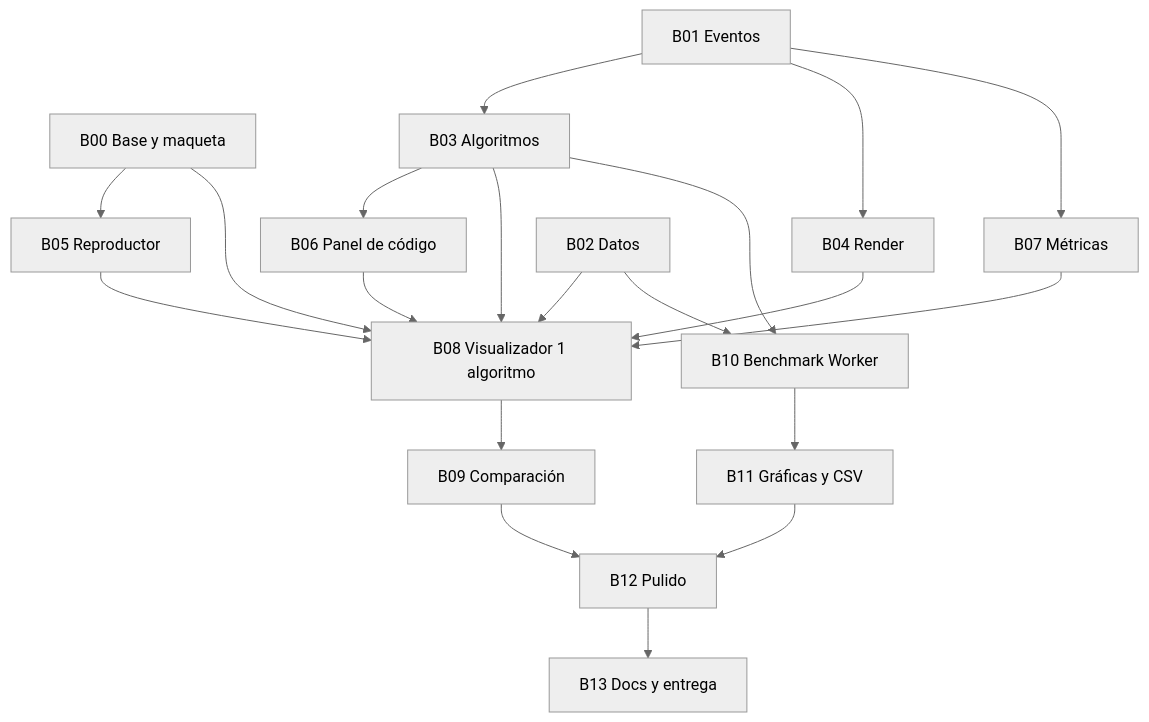
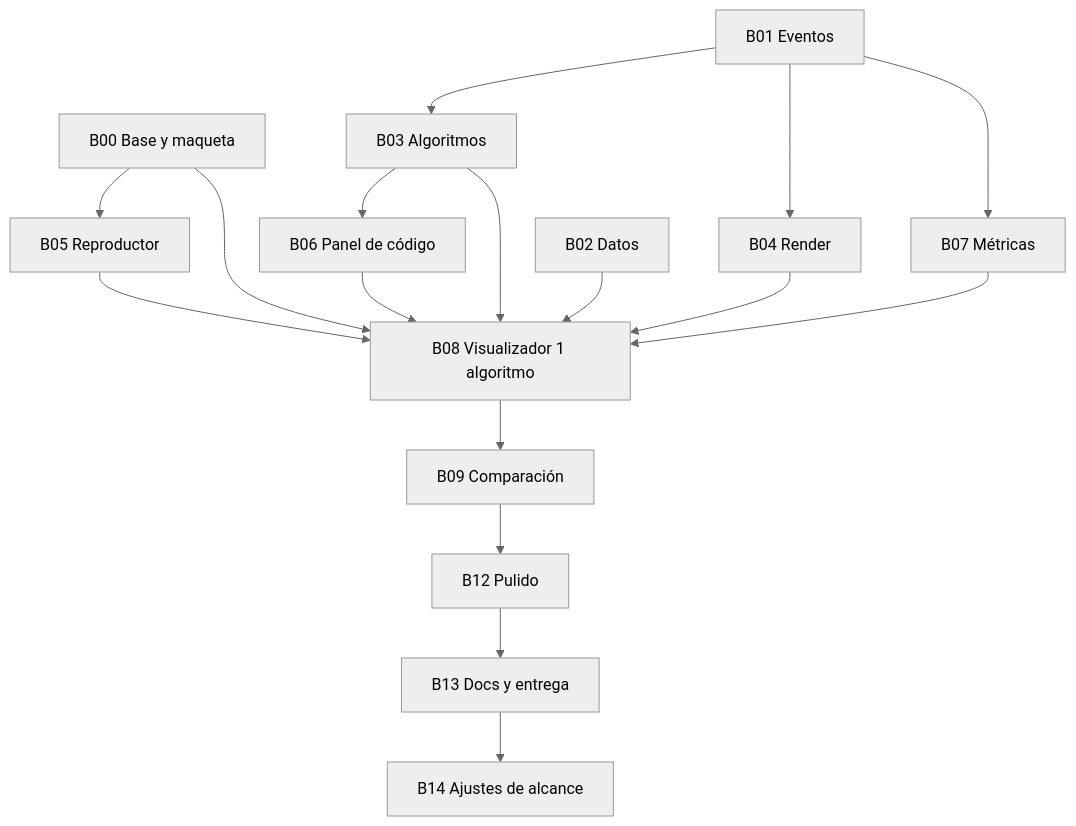
The diagram in BLOQUES.md (Souls-Nao/visualizador-ordenamientos), drawn with Mermaid (neutral theme) before and after one commit. The commit also changed other lines of this file and 2 other files, not shown here.

````diff
--- a/BLOQUES.md
+++ b/BLOQUES.md
@@ -68,23 +70,20 @@
 ```mermaid
 graph TD
   B00[B00 Base y maqueta]
   B01[B01 Eventos] --> B03[B03 Algoritmos]
   B01 --> B04[B04 Render]
   B01 --> B07[B07 Métricas]
   B03 --> B06[B06 Panel de código]
   B00 --> B05[B05 Reproductor]
   B02[B02 Datos] --> B08
   B03 --> B08[B08 Visualizador 1 algoritmo]
   B04 --> B08
   B05 --> B08
   B06 --> B08
   B07 --> B08
   B00 --> B08
   B08 --> B09[B09 Comparación]
-  B02 --> B10[B10 Benchmark Worker]
-  B03 --> B10
-  B10 --> B11[B11 Gráficas y CSV]
   B09 --> B12[B12 Pulido]
-  B11 --> B12
   B12 --> B13[B13 Docs y entrega]
+  B13 --> B14[B14 Ajustes de alcance]
 ```
````
